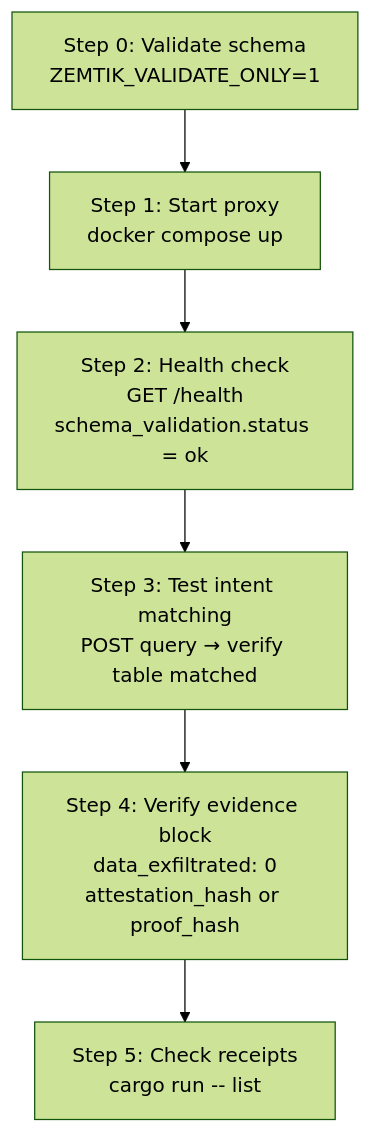
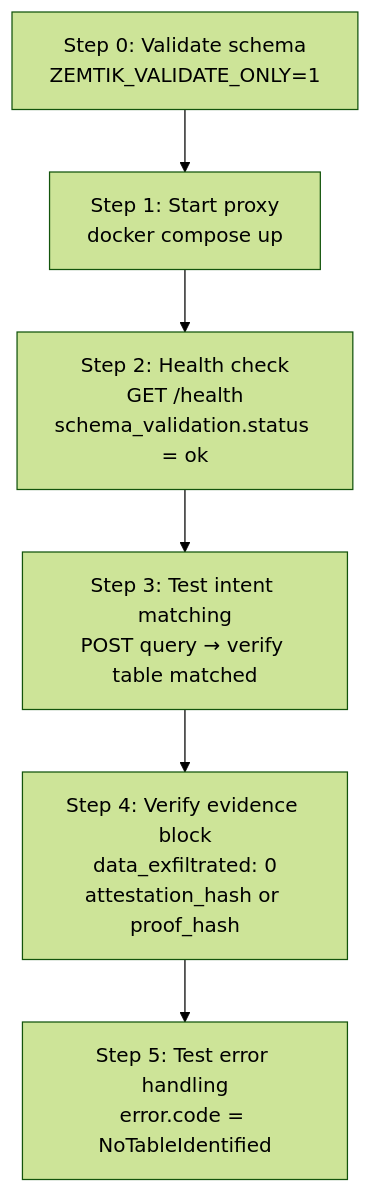
The diagram in docs/INTEGRATION_CHECKLIST.md (dacarva/zemtik-core), drawn with Mermaid (forest theme) before and after one commit. The commit also changed 3 other files, not shown here.

````diff
--- a/docs/INTEGRATION_CHECKLIST.md
+++ b/docs/INTEGRATION_CHECKLIST.md
@@ -9,11 +9,11 @@
 ```mermaid
 flowchart TD
     V["Step 0: Validate schema\nZEMTIK_VALIDATE_ONLY=1"]
     Start["Step 1: Start proxy\ndocker compose up"]
     Health["Step 2: Health check\nGET /health\nschema_validation.status = ok"]
     Intent["Step 3: Test intent matching\nPOST query → verify table matched"]
     Evidence["Step 4: Verify evidence block\ndata_exfiltrated: 0\nattestation_hash or proof_hash"]
-    Receipts["Step 5: Check receipts\ncargo run -- list"]
+    Errors["Step 5: Test error handling\nerror.code = NoTableIdentified"]
 
-    V --> Start --> Health --> Intent --> Evidence --> Receipts
+    V --> Start --> Health --> Intent --> Evidence --> Errors
 ```
````
